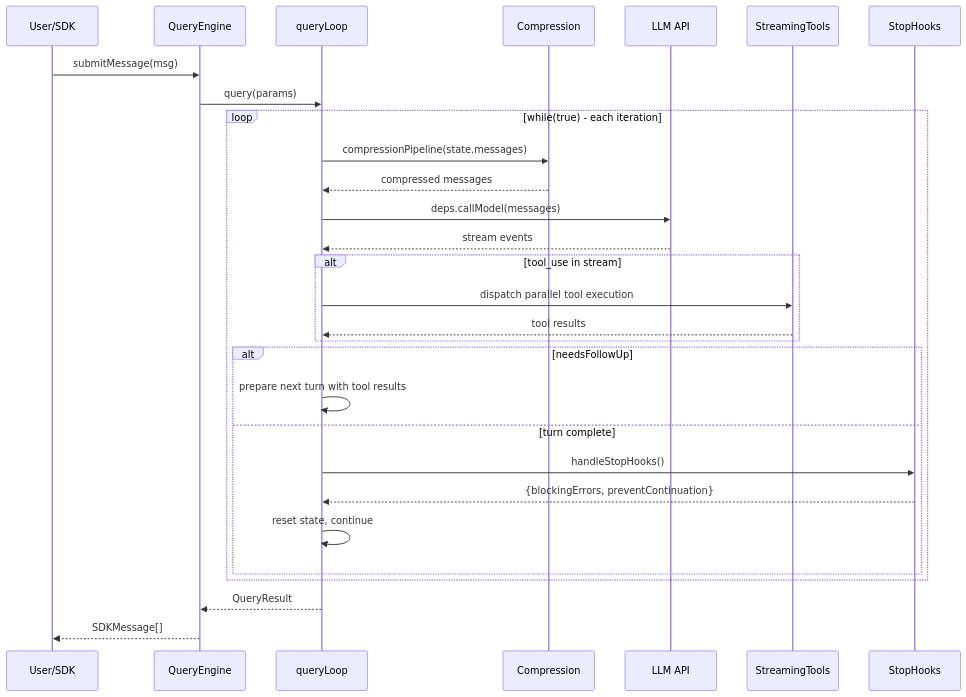
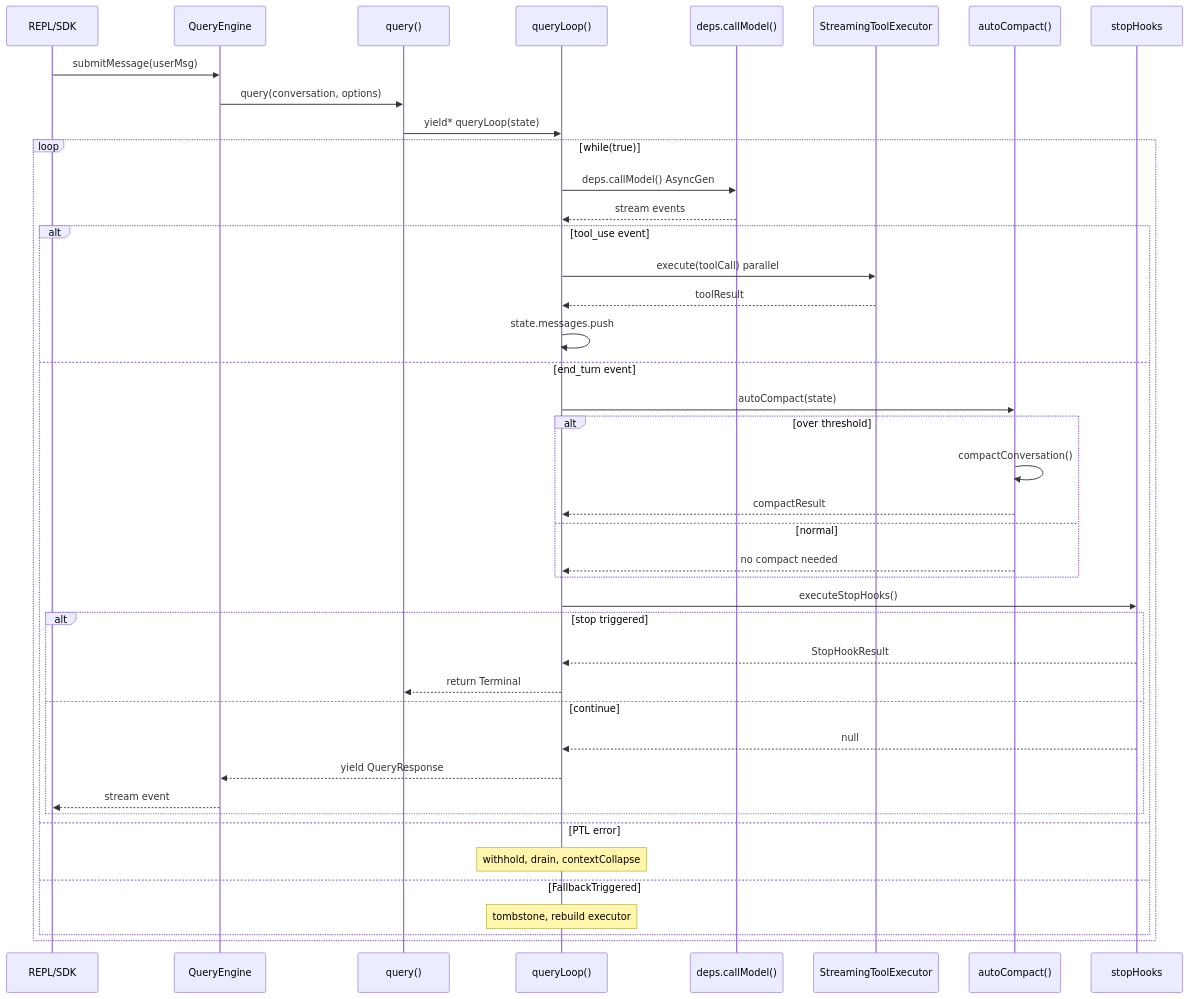
The fifth of 8 diagrams in branches/main/task-analyses/T-03-query-core-loop.md (LiuYuuChen/clawcode_analysis), drawn with Mermaid before and after one commit. The commit also changed other lines of this file and 137 other files, not shown here.

````diff
--- a/branches/main/task-analyses/T-03-query-core-loop.md
+++ b/branches/main/task-analyses/T-03-query-core-loop.md
@@ -759,37 +893,47 @@
 ```mermaid
 sequenceDiagram
-    participant UE as User/SDK
+    participant User as REPL/SDK
     participant QE as QueryEngine
-    participant QL as queryLoop
-    participant COMP as Compression
-    participant API as LLM API
-    participant STE as StreamingTools
-    participant SH as StopHooks
+    participant Q as query()
+    participant QL as queryLoop()
+    participant API as deps.callModel()
+    participant TE as StreamingToolExecutor
+    participant AC as autoCompact()
+    participant SH as stopHooks
 
-    UE->>QE: submitMessage(msg)
-    QE->>QL: query(params)
-    
-    loop while(true) - each iteration
-        QL->>COMP: compressionPipeline(state.messages)
-        COMP-->>QL: compressed messages
-        
-        QL->>API: deps.callModel(messages)
+    User->>QE: submitMessage(userMsg)
+    QE->>Q: query(conversation, options)
+    Q->>QL: yield* queryLoop(state)
+
+    loop while(true)
+        QL->>API: deps.callModel() AsyncGen
         API-->>QL: stream events
-        
-        alt tool_use in stream
-            QL->>STE: dispatch parallel tool execution
-            STE-->>QL: tool results
-        end
-        
-        alt needsFollowUp
-            QL->>QL: prepare next turn with tool results
-        else turn complete
-            QL->>SH: handleStopHooks()
-            SH-->>QL: {blockingErrors, preventContinuation}
-            QL->>QL: reset state, continue
+
+        alt tool_use event
+            QL->>TE: execute(toolCall) parallel
+            TE-->>QL: toolResult
+            QL->>QL: state.messages.push
+        else end_turn event
+            QL->>AC: autoCompact(state)
+            alt over threshold
+                AC->>AC: compactConversation()
+                AC-->>QL: compactResult
+            else normal
+                AC-->>QL: no compact needed
+            end
+            QL->>SH: executeStopHooks()
+            alt stop triggered
+                SH-->>QL: StopHookResult
+                QL-->>Q: return Terminal
+            else continue
+                SH-->>QL: null
+                QL-->>QE: yield QueryResponse
+                QE-->>User: stream event
+            end
+        else PTL error
+            Note over QL: withhold, drain, contextCollapse
+        else FallbackTriggered
+            Note over QL: tombstone, rebuild executor
         end
     end
-    
-    QL-->>QE: QueryResult
-    QE-->>UE: SDKMessage[]
 ```
````
